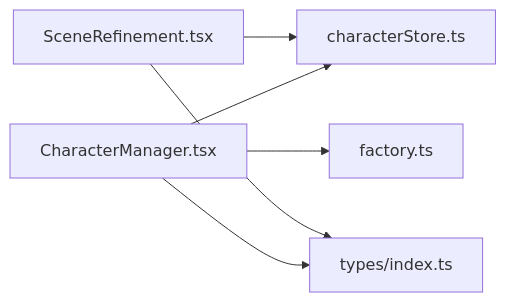
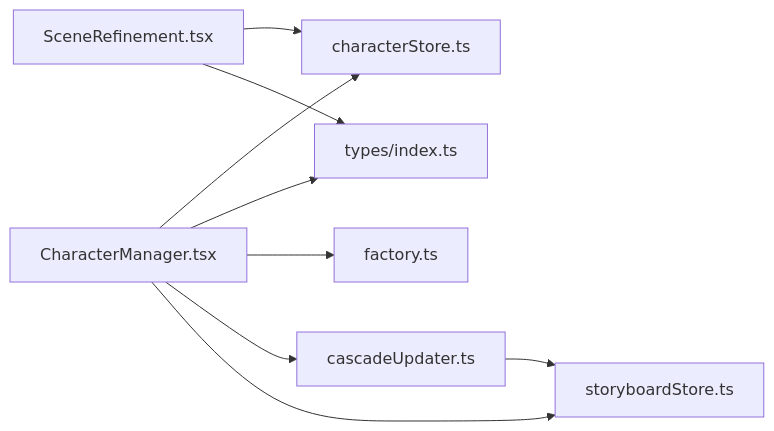
The fifth of 5 diagrams in .qoder/repowiki/zh/content/核心功能详解/角色管理.md (leonaiuv/aixsss), drawn with Mermaid before and after one commit. The commit also changed other lines of this file and 5 other files, not shown here.

````diff
--- a/.qoder/repowiki/zh/content/核心功能详解/角色管理.md
+++ b/.qoder/repowiki/zh/content/核心功能详解/角色管理.md
@@ -269,8 +352,11 @@
 ```mermaid
 graph LR
 CM["CharacterManager.tsx"] --> CS["characterStore.ts"]
 CM --> T["types/index.ts"]
 CM --> AF["factory.ts"]
+CM --> CU["cascadeUpdater.ts"]
+CM --> SB["storyboardStore.ts"]
 SR["SceneRefinement.tsx"] --> CS
 SR --> T
+CU --> SB
 ```
````
